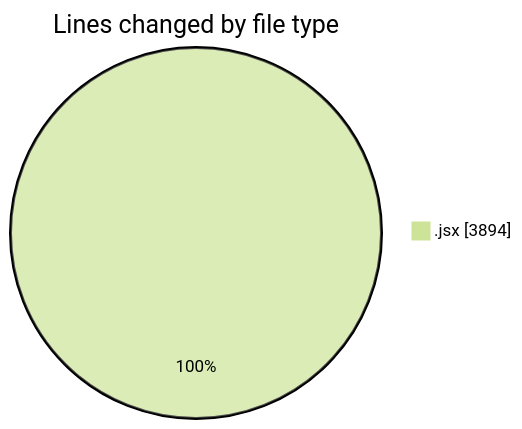
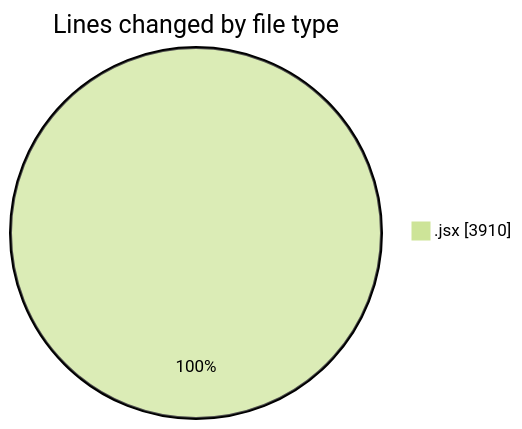
Before and after one commit to nxtqubesakshisongat/code-tracking: the first of 2 diagrams in 2025-11-18/nxtqube_webapp/README.md, drawn with Mermaid (forest theme). The commit also changed other lines of this file and 1 other file, not shown here.

````diff
--- a/2025-11-18/nxtqube_webapp/README.md
+++ b/2025-11-18/nxtqube_webapp/README.md
@@ -23,5 +23,5 @@
 ```mermaid
 pie showData
 title Lines changed by file type
-".jsx" : 3894
+".jsx" : 3910
 ```
````
